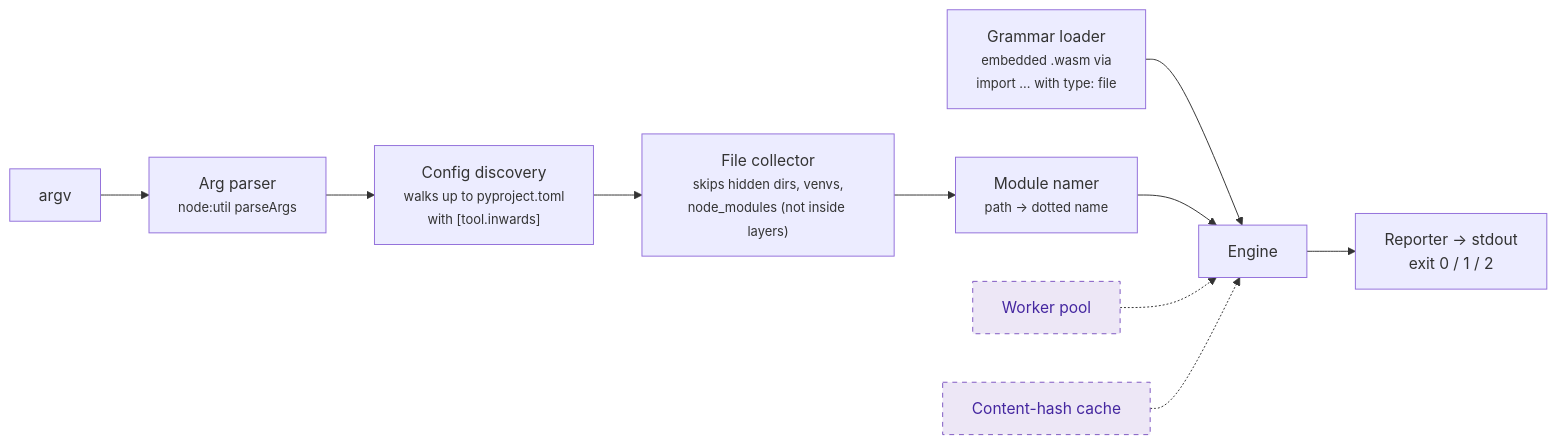
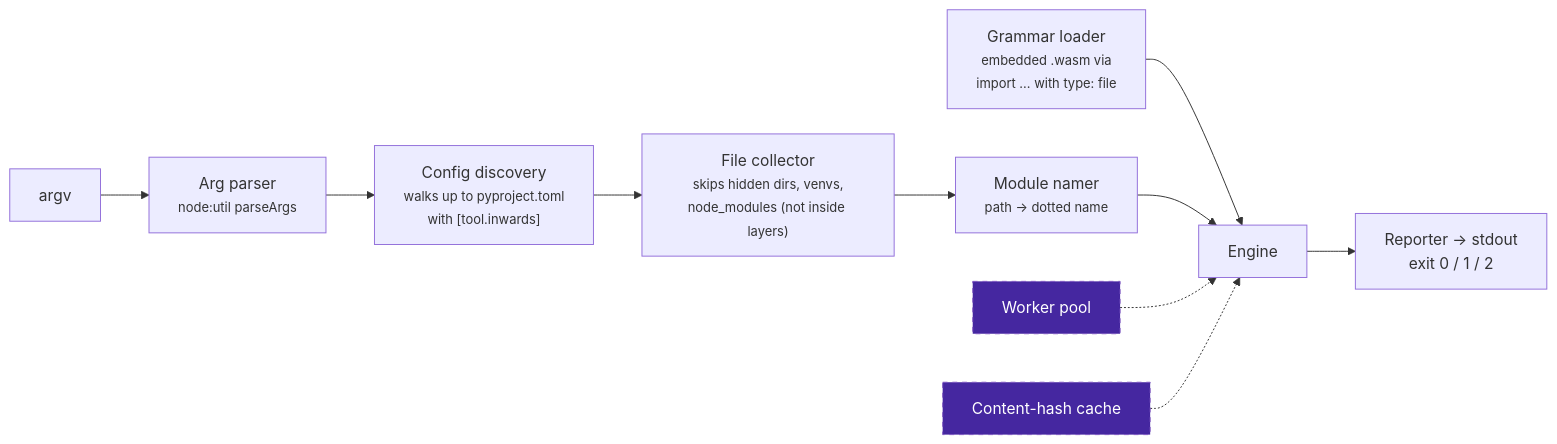
The fifth of 6 diagrams in docs/chapters/03-Architecture-C4.md (SirCypkowskyy/inwards), drawn with Mermaid before and after one commit. The commit also changed other lines of this file and 9 other files, not shown here.

````diff
--- a/docs/chapters/03-Architecture-C4.md
+++ b/docs/chapters/03-Architecture-C4.md
@@ -218,14 +218,14 @@
 ```mermaid
 flowchart LR
     argv["argv"] --> args["Arg parser<br/><small>node:util parseArgs</small>"]
     args --> find["Config discovery<br/><small>walks up to pyproject.toml<br/>with [tool.inwards]</small>"]
     find --> walk["File collector<br/><small>skips hidden dirs, venvs,<br/>node_modules (not inside layers)</small>"]
     walk --> mod["Module namer<br/><small>path → dotted name</small>"]
     gram["Grammar loader<br/><small>embedded .wasm via<br/>import ... with type: file</small>"] --> eng
     mod --> eng["Engine"]
     eng --> out["Reporter → stdout<br/>exit 0 / 1 / 2"]
     pool["Worker pool"]:::planned -.-> eng
     cache["Content-hash cache"]:::planned -.-> eng
 
-    classDef planned fill:#ede7f6,color:#4527a0,stroke:#7e57c2,stroke-dasharray:5 5
+    classDef planned fill:#4527a0,color:#fff,stroke:#7e57c2,stroke-dasharray:5 5
 ```
````
